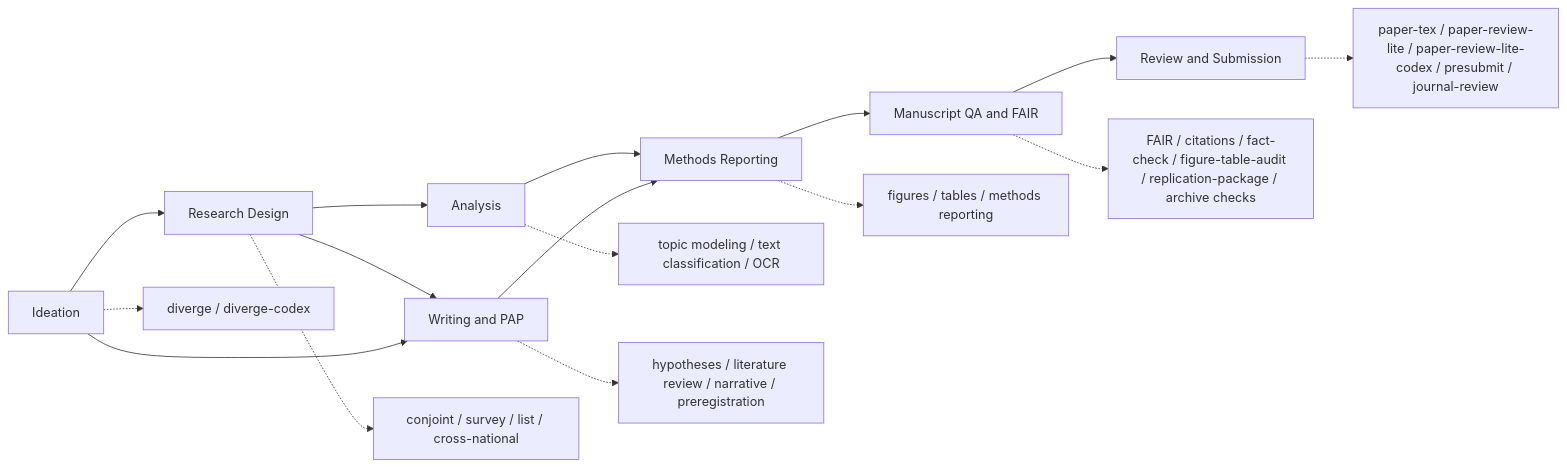
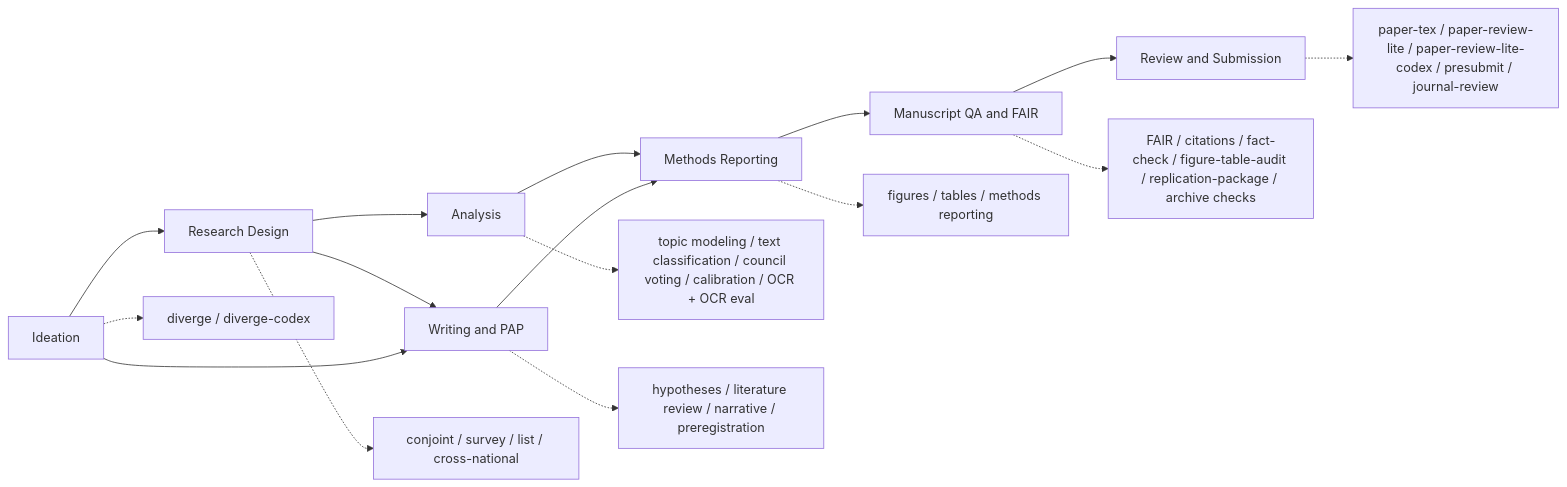
Before and after one commit to scdenney/open-science-skills: the diagram in README.md, drawn with Mermaid. The commit also changed other lines of this file and 12 other files, not shown here.

First line of the commit message:
Add three skills: model-council-voting, llm-calibration-logprobs, vlm-ocr-evaluation (29 -> 32)

````diff
--- a/README.md
+++ b/README.md
@@ -35,20 +35,20 @@
 ```mermaid
 flowchart LR
     A[Research Design] --> B[Analysis]
     A --> C[Writing and PAP]
     B --> D[Methods Reporting]
     C --> D
     D --> E[Manuscript QA and FAIR]
     E --> F[Review and Submission]
 
     G[Ideation] --> A
     G --> C
 
     A -.-> A1[conjoint / survey / list / cross-national]
-    B -.-> B1[topic modeling / text classification / OCR]
+    B -.-> B1[topic modeling / text classification / council voting / calibration / OCR + OCR eval]
     C -.-> C1[hypotheses / literature review / narrative / preregistration]
     D -.-> D1[figures / tables / methods reporting]
     E -.-> E1[FAIR / citations / fact-check / figure-table-audit / replication-package / archive checks]
     F -.-> F1[paper-tex / paper-review-lite / paper-review-lite-codex / presubmit / journal-review]
     G -.-> G1[diverge / diverge-codex]
 ```
````
